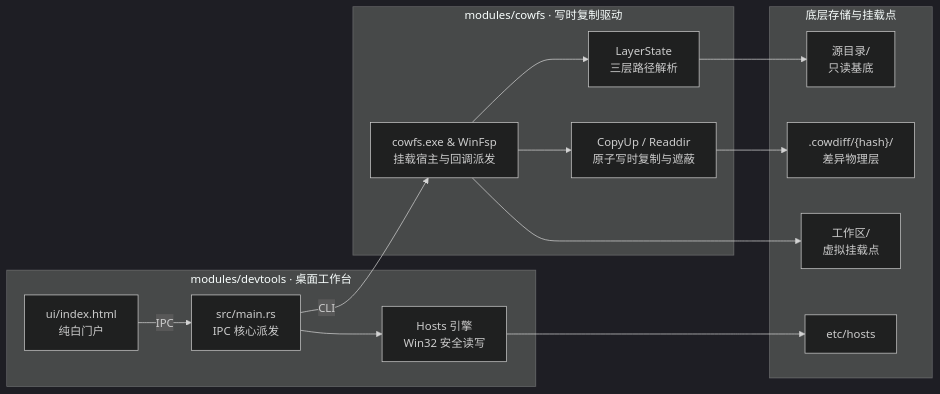
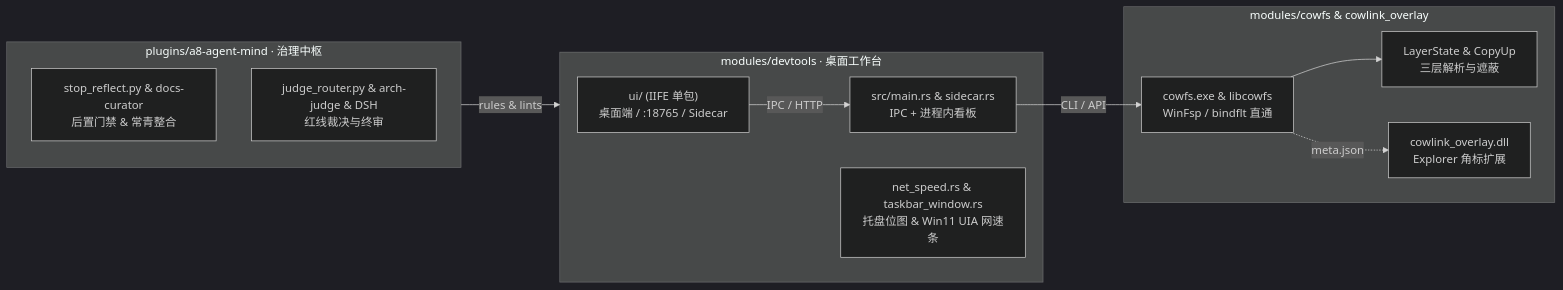
Before and after one commit to 007slm/a8-devtools: the diagram in AGENTS.md, drawn with Mermaid (dark theme). The commit also changed other lines of this file and 63 other files, not shown here.

First line of the commit message:
feat(a8-agent-mind,devtools): 落地双层文档治理与严格Git快照闭环并升级门户UI与ELK图谱渲染

````diff
--- a/AGENTS.md
+++ b/AGENTS.md
@@ -10,30 +10,25 @@
 ```mermaid
 flowchart LR
     subgraph DevTools["modules/devtools · 桌面工作台"]
-        HTML["ui/index.html<br/>纯白门户"]
-        TauriCore["src/main.rs<br/>IPC 核心派发"]
-        ModHosts["Hosts 引擎<br/>Win32 安全读写"]
+        UI["ui/ (IIFE 单包)<br/>桌面端 / :18765 / Sidecar"]
+        TauriCore["src/main.rs & sidecar.rs<br/>IPC + 进程内看板"]
+        TrayEngine["net_speed.rs & taskbar_window.rs<br/>托盘位图 & Win11 UIA 网速条"]
     end
 
-    subgraph CowFS["modules/cowfs · 写时复制驱动"]
-        WinFsp["cowfs.exe & WinFsp<br/>挂载宿主与回调派发"]
-        State["LayerState<br/>三层路径解析"]
-        CopyUp["CopyUp / Readdir<br/>原子写时复制与遮蔽"]
+    subgraph CowFS["modules/cowfs & cowlink_overlay"]
+        WinFsp["cowfs.exe & libcowfs<br/>WinFsp / bindflt 直通"]
+        State["LayerState & CopyUp<br/>三层解析与遮蔽"]
+        Overlay["cowlink_overlay.dll<br/>Explorer 角标扩展"]
     end
 
-    subgraph Physical["底层存储与挂载点"]
-        SourceRepo["源目录/<br/>只读基底"]
-        CowDiff[".cowdiff/{hash}/<br/>差异物理层"]
-        MountPoint["工作区/<br/>虚拟挂载点"]
-        HostsFile["etc/hosts"]
+    subgraph Mind["plugins/a8-agent-mind · 治理中枢"]
+        Hooks["stop_reflect.py & docs-curator<br/>后置门禁 & 常青整合"]
+        Judge["judge_router.py & arch-judge & DSH<br/>红线裁决与终审"]
     end
 
-    HTML -->|IPC| TauriCore
-    TauriCore --> ModHosts --> HostsFile
-    TauriCore -->|CLI| WinFsp
+    UI -->|IPC / HTTP| TauriCore
+    TauriCore -->|CLI / API| WinFsp
     WinFsp --> State
-    WinFsp --> CopyUp
-    State --> SourceRepo
-    CopyUp --> CowDiff
-    WinFsp --> MountPoint
+    WinFsp -.->|meta.json| Overlay
+    Mind -->|rules & lints| DevTools
 ```
````
